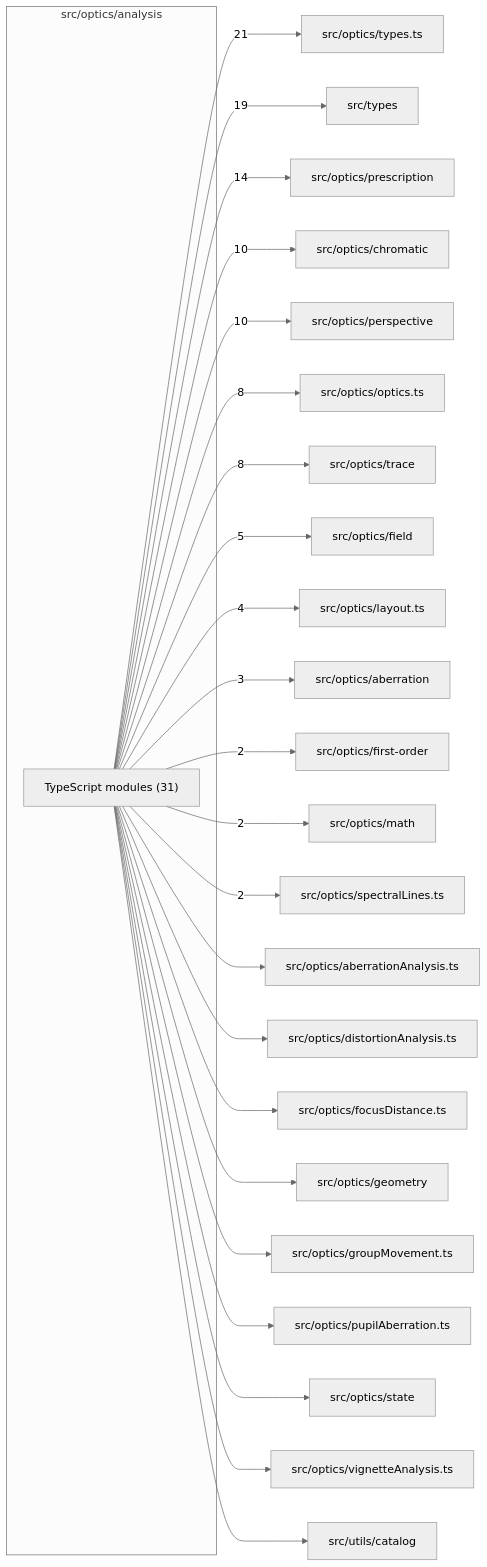
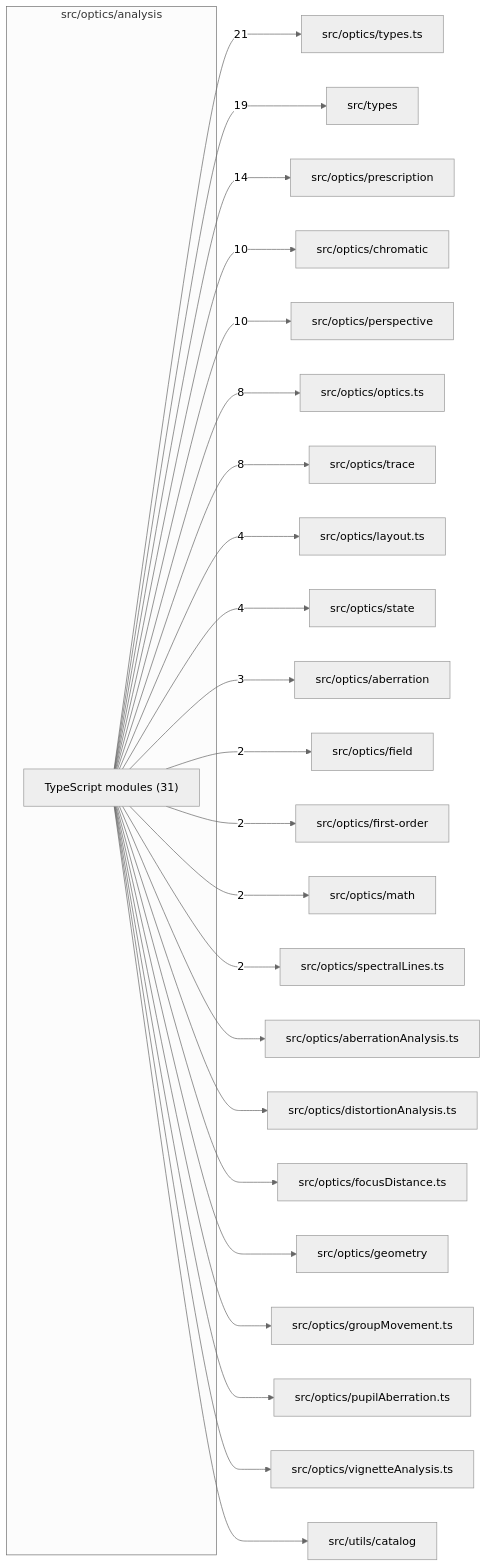
One commit to ronbuening/LensVisualizer changed the diagram in src/optics/analysis/readme.md. Above: the diagram before and after it, drawn with Mermaid (neutral theme). The commit also changed other lines of this file and 42 other files, not shown here.

````diff
--- a/src/optics/analysis/readme.md
+++ b/src/optics/analysis/readme.md
@@ -9,50 +9,50 @@
 ```mermaid
 flowchart LR
   subgraph n_src_optics_analysis["src/optics/analysis"]
     n_src_optics_analysis_TypeScript_modules["TypeScript modules (31)"]
   end
   n_external_src_optics_types_ts["src/optics/types.ts"]
   n_external_src_types["src/types"]
   n_external_src_optics_prescription["src/optics/prescription"]
   n_external_src_optics_chromatic["src/optics/chromatic"]
   n_external_src_optics_perspective["src/optics/perspective"]
   n_external_src_optics_optics_ts["src/optics/optics.ts"]
   n_external_src_optics_trace["src/optics/trace"]
+  n_external_src_optics_layout_ts["src/optics/layout.ts"]
+  n_external_src_optics_state["src/optics/state"]
+  n_external_src_optics_aberration["src/optics/aberration"]
   n_external_src_optics_field["src/optics/field"]
-  n_external_src_optics_layout_ts["src/optics/layout.ts"]
-  n_external_src_optics_aberration["src/optics/aberration"]
   n_external_src_optics_first_order["src/optics/first-order"]
   n_external_src_optics_math["src/optics/math"]
   n_external_src_optics_spectralLines_ts["src/optics/spectralLines.ts"]
   n_external_src_optics_aberrationAnalysis_ts["src/optics/aberrationAnalysis.ts"]
   n_external_src_optics_distortionAnalysis_ts["src/optics/distortionAnalysis.ts"]
   n_external_src_optics_focusDistance_ts["src/optics/focusDistance.ts"]
   n_external_src_optics_geometry["src/optics/geometry"]
   n_external_src_optics_groupMovement_ts["src/optics/groupMovement.ts"]
   n_external_src_optics_pupilAberration_ts["src/optics/pupilAberration.ts"]
-  n_external_src_optics_state["src/optics/state"]
   n_external_src_optics_vignetteAnalysis_ts["src/optics/vignetteAnalysis.ts"]
   n_external_src_utils_catalog["src/utils/catalog"]
   n_src_optics_analysis_TypeScript_modules --> |21| n_external_src_optics_types_ts
   n_src_optics_analysis_TypeScript_modules --> |19| n_external_src_types
   n_src_optics_analysis_TypeScript_modules --> |14| n_external_src_optics_prescription
   n_src_optics_analysis_TypeScript_modules --> |10| n_external_src_optics_chromatic
   n_src_optics_analysis_TypeScript_modules --> |10| n_external_src_optics_perspective
   n_src_optics_analysis_TypeScript_modules --> |8| n_external_src_optics_optics_ts
   n_src_optics_analysis_TypeScript_modules --> |8| n_external_src_optics_trace
-  n_src_optics_analysis_TypeScript_modules --> |5| n_external_src_optics_field
   n_src_optics_analysis_TypeScript_modules --> |4| n_external_src_optics_layout_ts
+  n_src_optics_analysis_TypeScript_modules --> |4| n_external_src_optics_state
   n_src_optics_analysis_TypeScript_modules --> |3| n_external_src_optics_aberration
+  n_src_optics_analysis_TypeScript_modules --> |2| n_external_src_optics_field
   n_src_optics_analysis_TypeScript_modules --> |2| n_external_src_optics_first_order
   n_src_optics_analysis_TypeScript_modules --> |2| n_external_src_optics_math
   n_src_optics_analysis_TypeScript_modules --> |2| n_external_src_optics_spectralLines_ts
   n_src_optics_analysis_TypeScript_modules --> n_external_src_optics_aberrationAnalysis_ts
   n_src_optics_analysis_TypeScript_modules --> n_external_src_optics_distortionAnalysis_ts
   n_src_optics_analysis_TypeScript_modules --> n_external_src_optics_focusDistance_ts
   n_src_optics_analysis_TypeScript_modules --> n_external_src_optics_geometry
   n_src_optics_analysis_TypeScript_modules --> n_external_src_optics_groupMovement_ts
   n_src_optics_analysis_TypeScript_modules --> n_external_src_optics_pupilAberration_ts
-  n_src_optics_analysis_TypeScript_modules --> n_external_src_optics_state
   n_src_optics_analysis_TypeScript_modules --> n_external_src_optics_vignetteAnalysis_ts
   n_src_optics_analysis_TypeScript_modules --> n_external_src_utils_catalog
 ```
````
